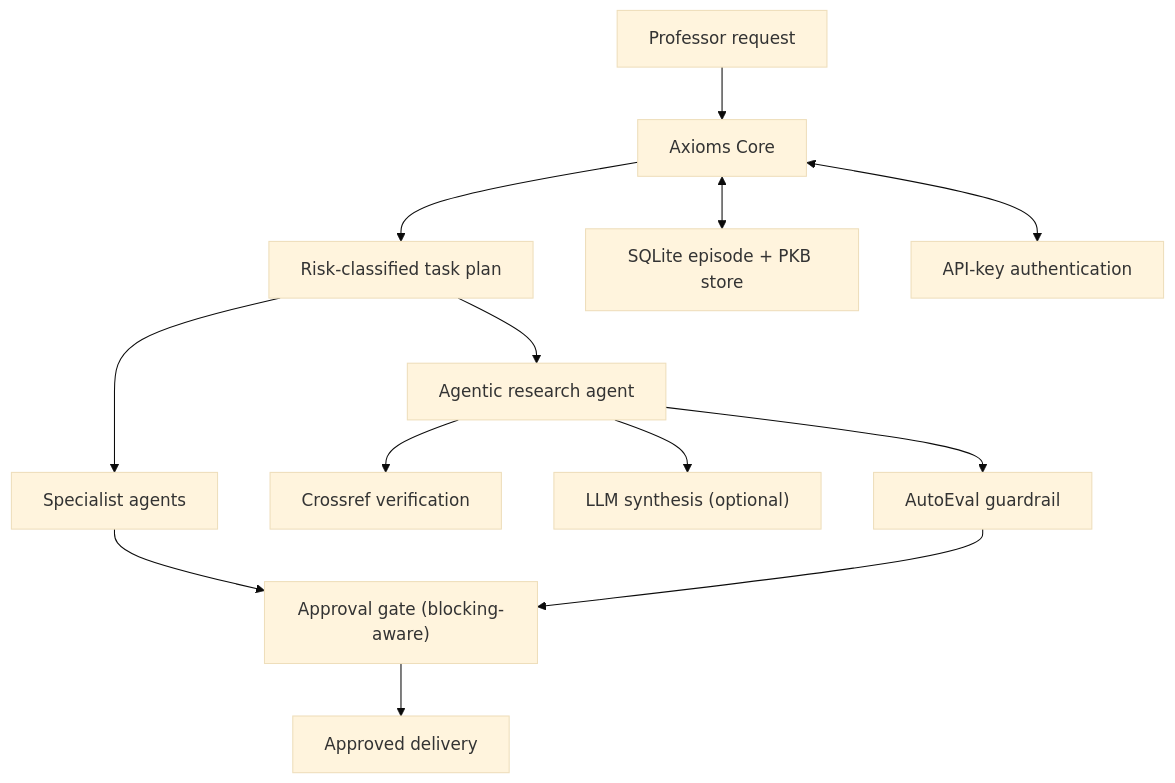
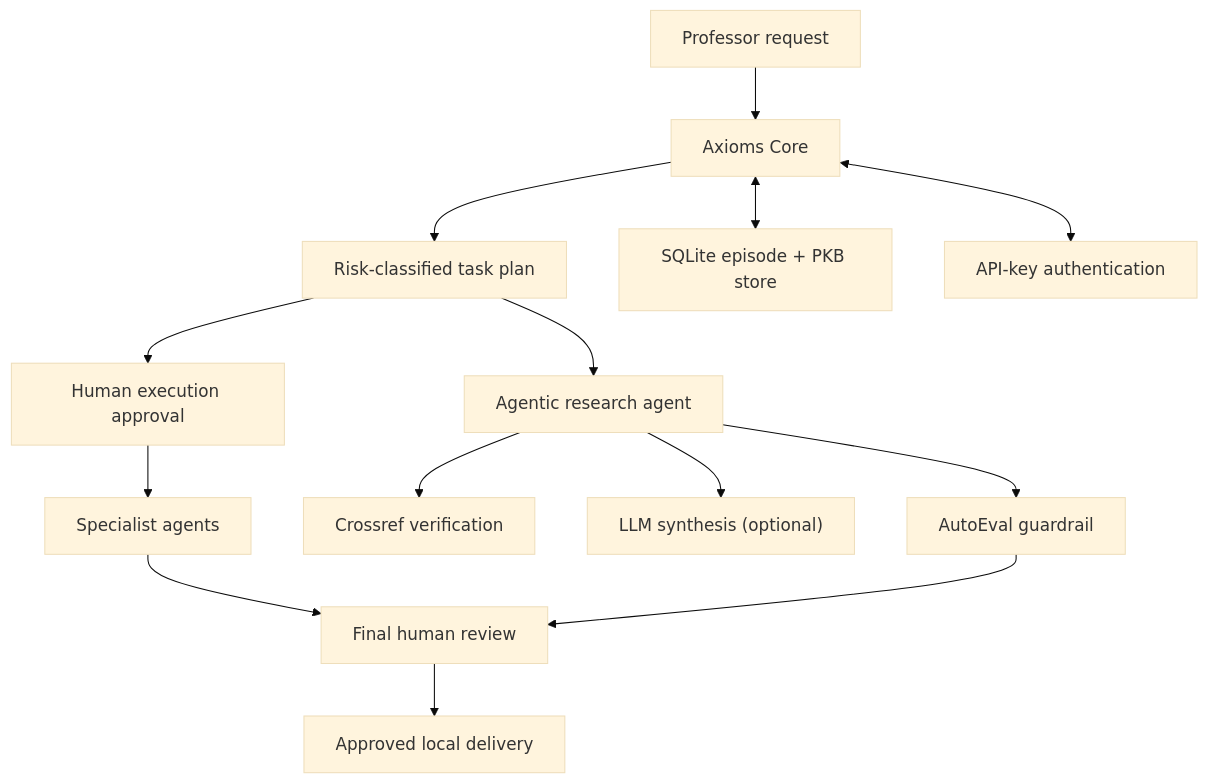
One commit to DrAslamJaved/Axioms_AI_System changed the diagram in README.md. Above: the diagram before and after it, drawn with Mermaid (base theme). The commit also changed other lines of this file, not shown here.

Commit message:
feat: add human-governed agentic runtime

````diff
--- a/README.md
+++ b/README.md
@@ -34,15 +35,16 @@
 ```mermaid
 flowchart TD
   U["Professor request"] --> C["Axioms Core"]
   C --> P["Risk-classified task plan"]
-  P --> L["Specialist agents"]
+  P --> G["Human execution approval"]
+  G --> L["Specialist agents"]
   P --> R["Agentic research agent"]
   R --> CR["Crossref verification"]
   R --> LLM["LLM synthesis (optional)"]
   R --> AE["AutoEval guardrail"]
-  L --> A["Approval gate (blocking-aware)"]
+  L --> A["Final human review"]
   AE --> A
-  A --> D["Approved delivery"]
+  A --> D["Approved local delivery"]
   C <--> M["SQLite episode + PKB store"]
   C <--> Auth["API-key authentication"]
 ```
````
